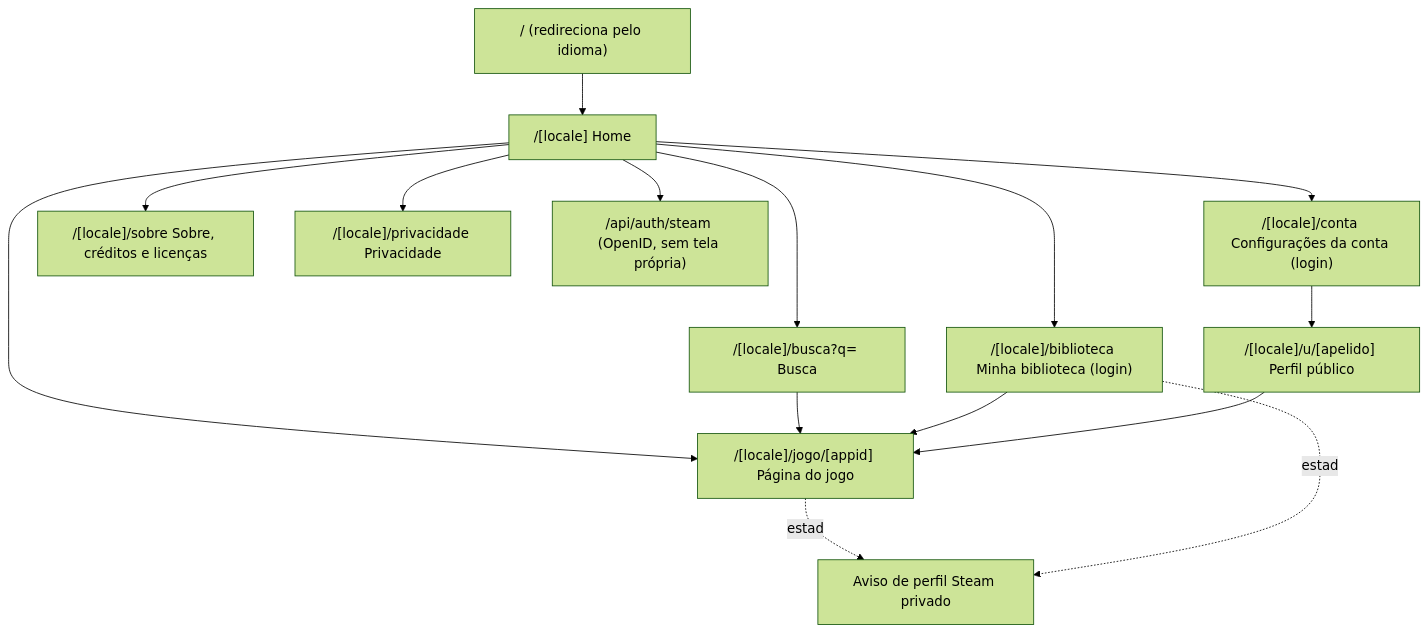
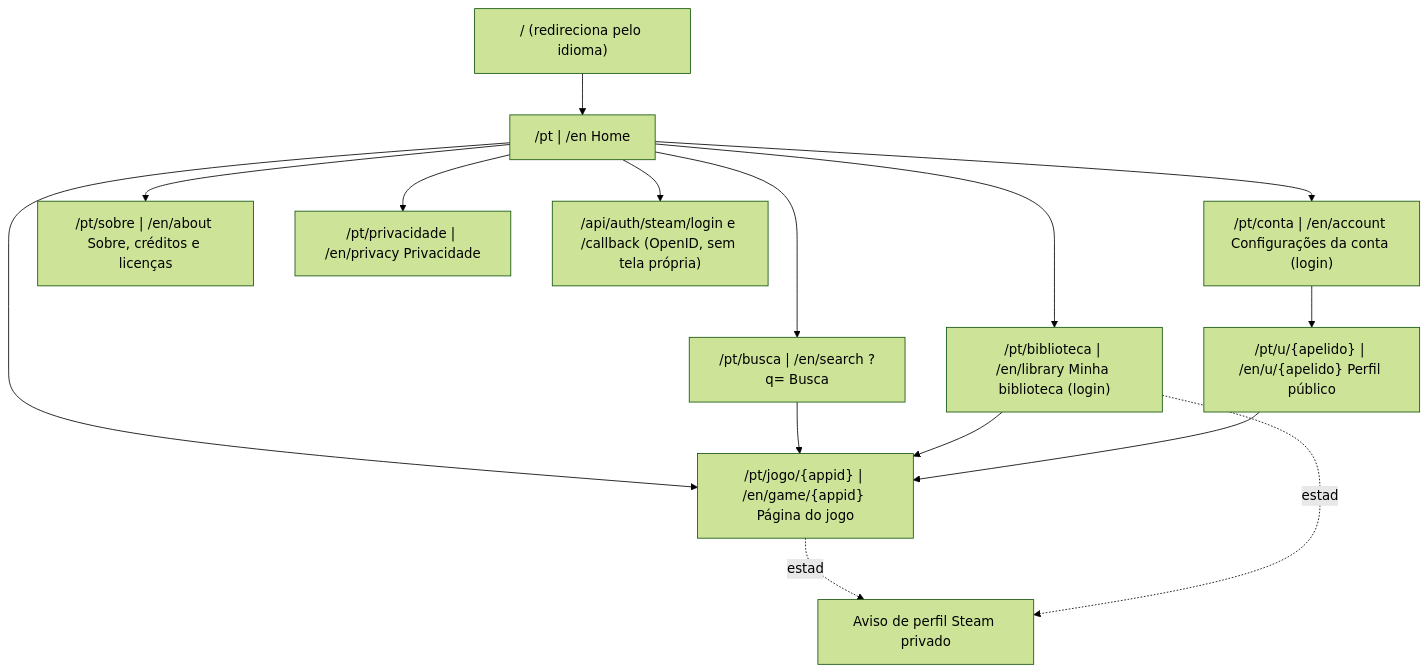
Before and after one commit to LucasOlvrAndrade/completionist: the first of 5 diagrams in docs/front-end-spec.md, drawn with Mermaid (forest theme). The commit also changed other lines of this file and 4 other files, not shown here.

````diff
--- a/docs/front-end-spec.md
+++ b/docs/front-end-spec.md
@@ -63,17 +66,17 @@
 ```mermaid
 graph TD
-    R["/ (redireciona pelo idioma)"] --> H["/[locale] Home"]
-    H --> B["/[locale]/busca?q= Busca"]
-    H --> J["/[locale]/jogo/[appid] Página do jogo"]
+    R["/ (redireciona pelo idioma)"] --> H["/pt | /en Home"]
+    H --> B["/pt/busca | /en/search ?q= Busca"]
+    H --> J["/pt/jogo/{appid} | /en/game/{appid} Página do jogo"]
     B --> J
-    H --> L["/[locale]/biblioteca Minha biblioteca (login)"]
+    H --> L["/pt/biblioteca | /en/library Minha biblioteca (login)"]
     L --> J
-    H --> C["/[locale]/conta Configurações da conta (login)"]
-    C --> U["/[locale]/u/[apelido] Perfil público"]
+    H --> C["/pt/conta | /en/account Configurações da conta (login)"]
+    C --> U["/pt/u/{apelido} | /en/u/{apelido} Perfil público"]
     U --> J
-    H --> S["/[locale]/sobre Sobre, créditos e licenças"]
-    H --> P["/[locale]/privacidade Privacidade"]
+    H --> S["/pt/sobre | /en/about Sobre, créditos e licenças"]
+    H --> P["/pt/privacidade | /en/privacy Privacidade"]
     J -.estado.-> PV["Aviso de perfil Steam privado"]
     L -.estado.-> PV
-    H --> O["/api/auth/steam (OpenID, sem tela própria)"]
+    H --> O["/api/auth/steam/login e /callback (OpenID, sem tela própria)"]
 ```
````
